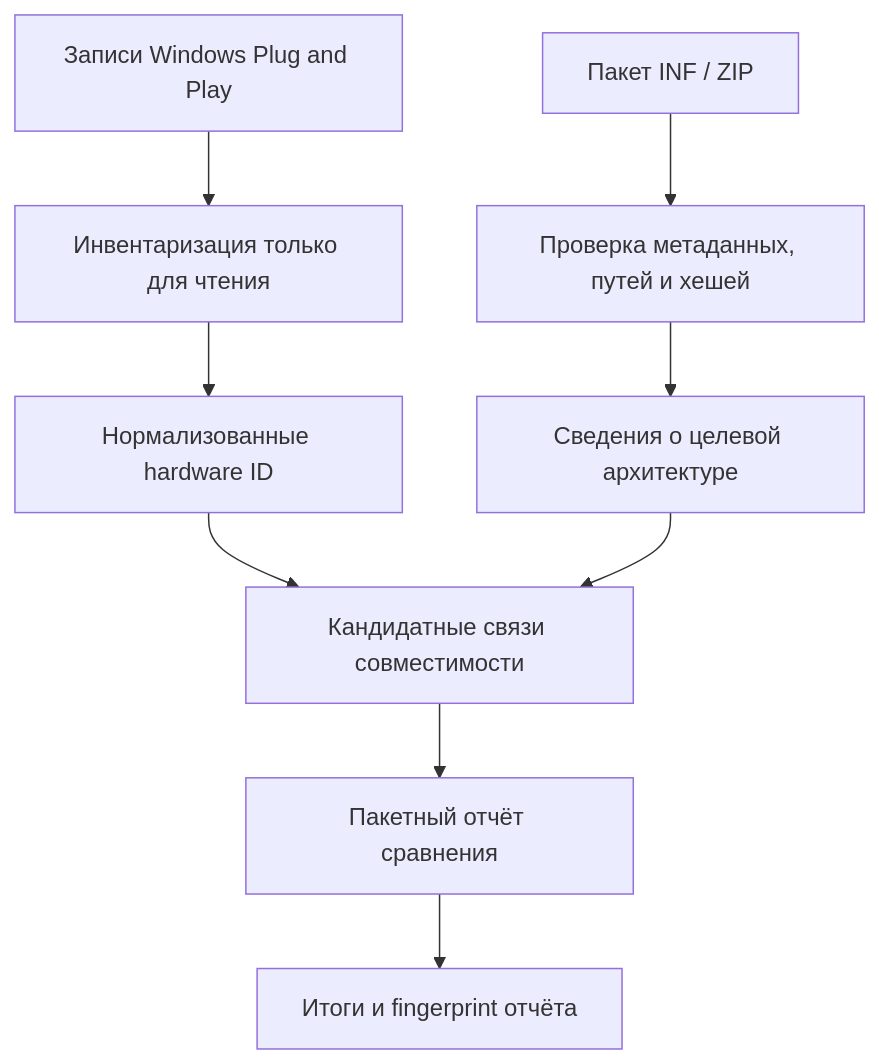
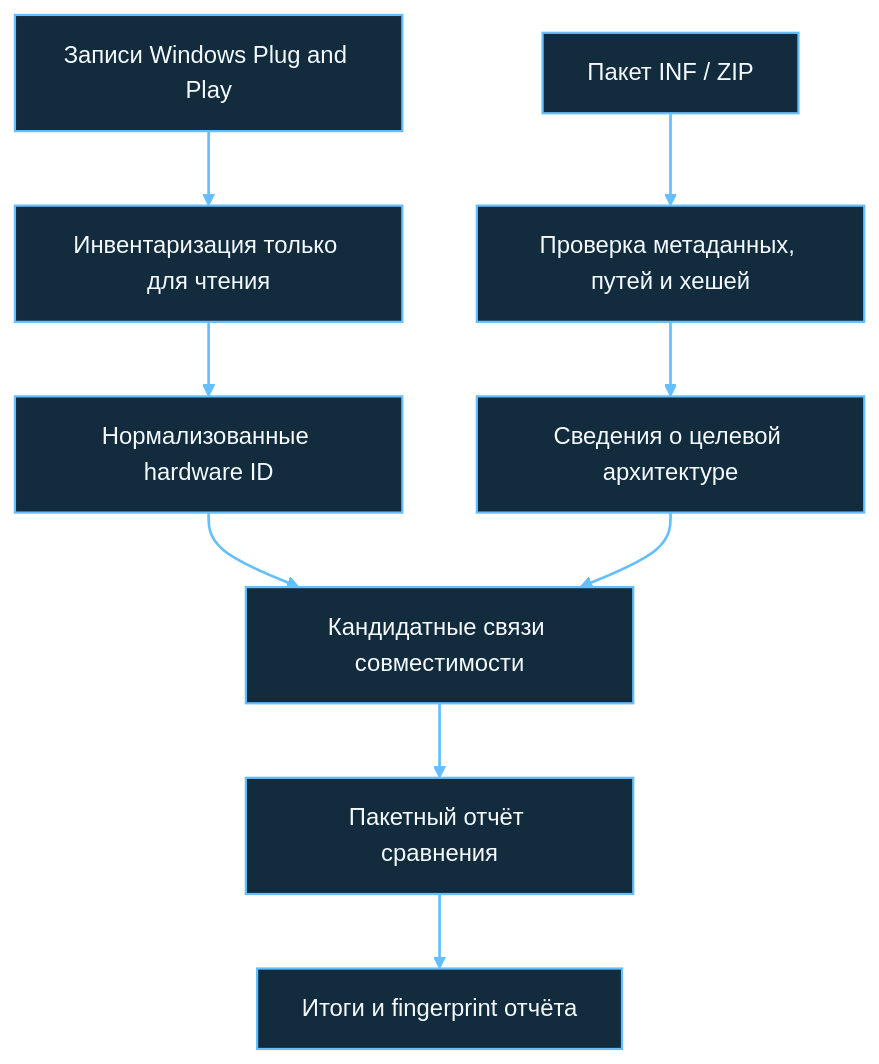
One commit to Ivan-VHS/OPlague changed the first of 2 diagrams in README.ru.md. Above: the diagram before and after it, drawn with Mermaid. The commit also changed other lines of this file, not shown here.

````diff
--- a/README.ru.md
+++ b/README.ru.md
@@ -22,11 +27,14 @@
 ```mermaid
 flowchart TD
     A[Записи Windows Plug and Play] --> B[Инвентаризация только для чтения]
     B --> C[Нормализованные hardware ID]
     D[Пакет INF / ZIP] --> E[Проверка метаданных, путей и хешей]
     E --> F[Сведения о целевой архитектуре]
     C --> G[Кандидатные связи совместимости]
     F --> G
     G --> H[Пакетный отчёт сравнения]
     H --> I[Итоги и fingerprint отчёта]
+  classDef readmeNode fill:#122B3D,stroke:#65BFFF,color:#F4FAFF,stroke-width:1.5px;
+  class A,B,C,D,E,F,G,H,I readmeNode;
+  linkStyle default stroke:#65BFFF,stroke-width:1.8px;
 ```
````
